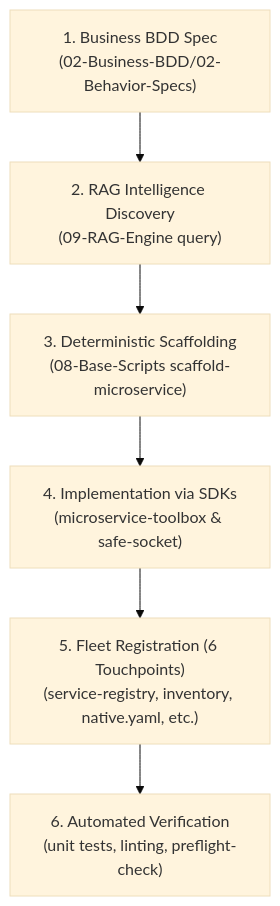
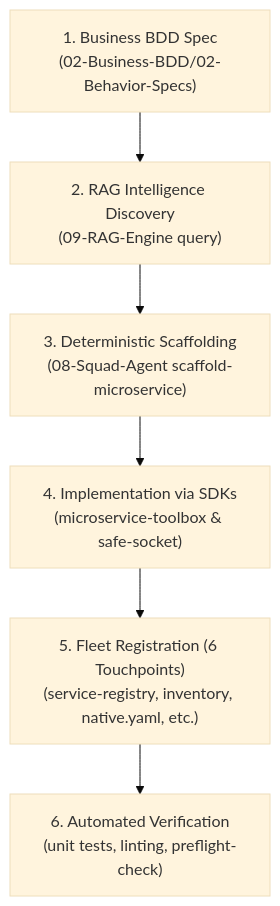
The diagram in 02-Project-Architecture/11-Microservice-Integration-Standard.md (Bastien-Antigravity/tech-stack-brain), drawn with Mermaid (base theme) before and after one commit. The commit also changed other lines of this file and 13 other files, not shown here.

Commit message:
refactor: rename 08-Base-Scripts to 08-Squad-Agent across project documentation and references

````diff
--- a/02-Project-Architecture/11-Microservice-Integration-Standard.md
+++ b/02-Project-Architecture/11-Microservice-Integration-Standard.md
@@ -156,8 +156,8 @@
 ```mermaid
 flowchart TD
     BDD["1. Business BDD Spec<br/>(02-Business-BDD/02-Behavior-Specs)"] --> RAG["2. RAG Intelligence Discovery<br/>(09-RAG-Engine query)"]
-    RAG --> SCAF["3. Deterministic Scaffolding<br/>(08-Base-Scripts scaffold-microservice)"]
+    RAG --> SCAF["3. Deterministic Scaffolding<br/>(08-Squad-Agent scaffold-microservice)"]
     SCAF --> IMPL["4. Implementation via SDKs<br/>(microservice-toolbox & safe-socket)"]
     IMPL --> REG["5. Fleet Registration (6 Touchpoints)<br/>(service-registry, inventory, native.yaml, etc.)"]
     REG --> VERIF["6. Automated Verification<br/>(unit tests, linting, preflight-check)"]
 ```
````
